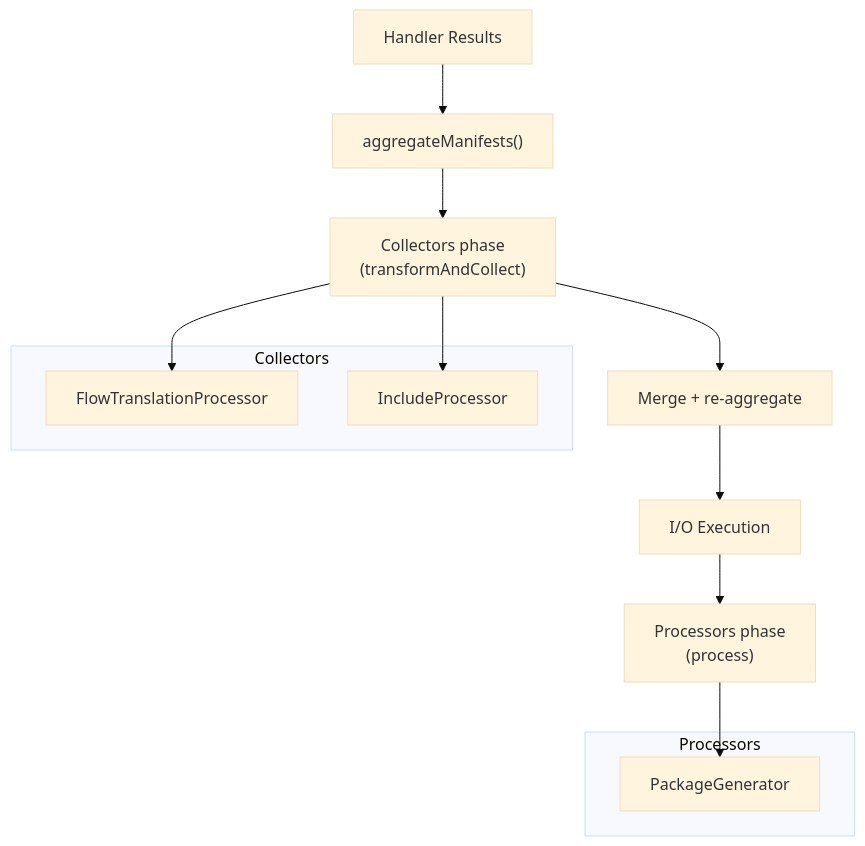
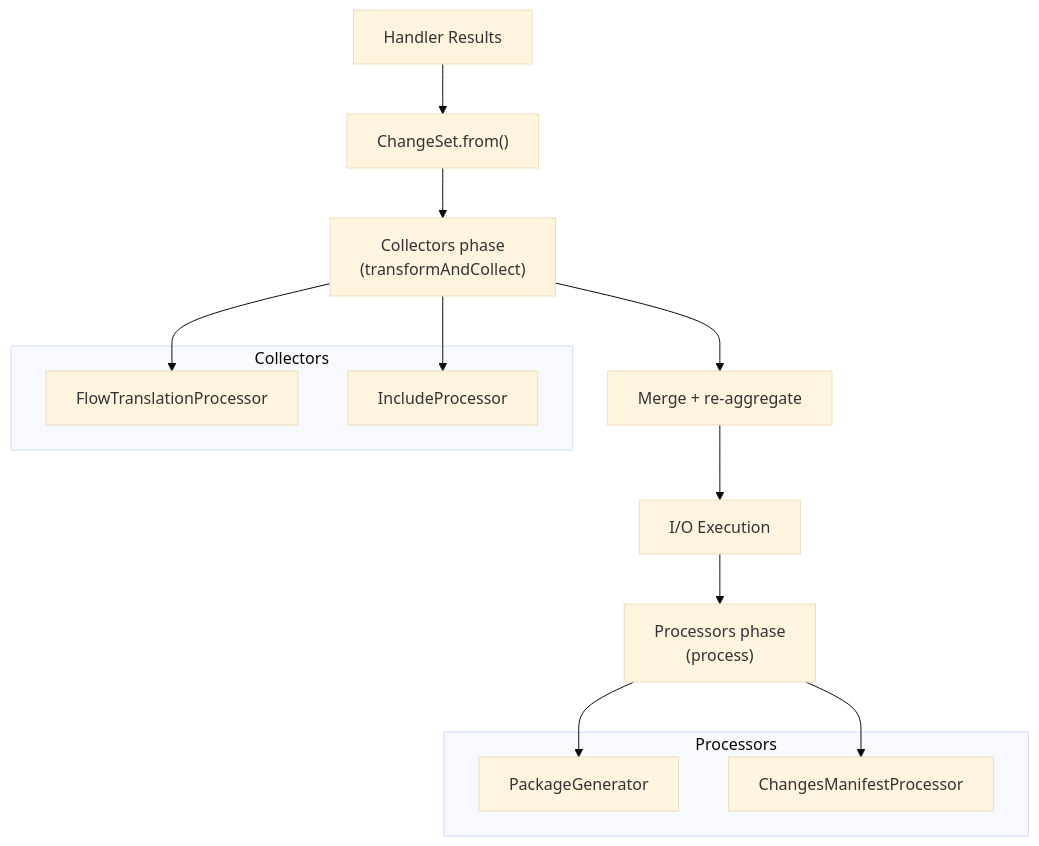
Before and after one commit to scolladon/sfdx-git-delta: the fifth of 5 diagrams in DESIGN.md, drawn with Mermaid (base theme). The commit also changed other lines of this file and 50 other files, not shown here.

````diff
--- a/DESIGN.md
+++ b/DESIGN.md
@@ -339,21 +339,23 @@
 ```mermaid
 flowchart TD
-    HR["Handler Results"] --> A["aggregateManifests()"]
+    HR["Handler Results"] --> A["ChangeSet.from()"]
     A --> C["Collectors phase<br/>(transformAndCollect)"]
     C --> M["Merge + re-aggregate"]
     M --> IO["I/O Execution"]
     IO --> P["Processors phase<br/>(process)"]
 
     subgraph Collectors
         FT["FlowTranslationProcessor"]
         IP["IncludeProcessor"]
     end
 
     subgraph Processors
         PG["PackageGenerator"]
+        CM["ChangesManifestProcessor"]
     end
 
     C --> FT
     C --> IP
     P --> PG
+    P --> CM
 ```
````
